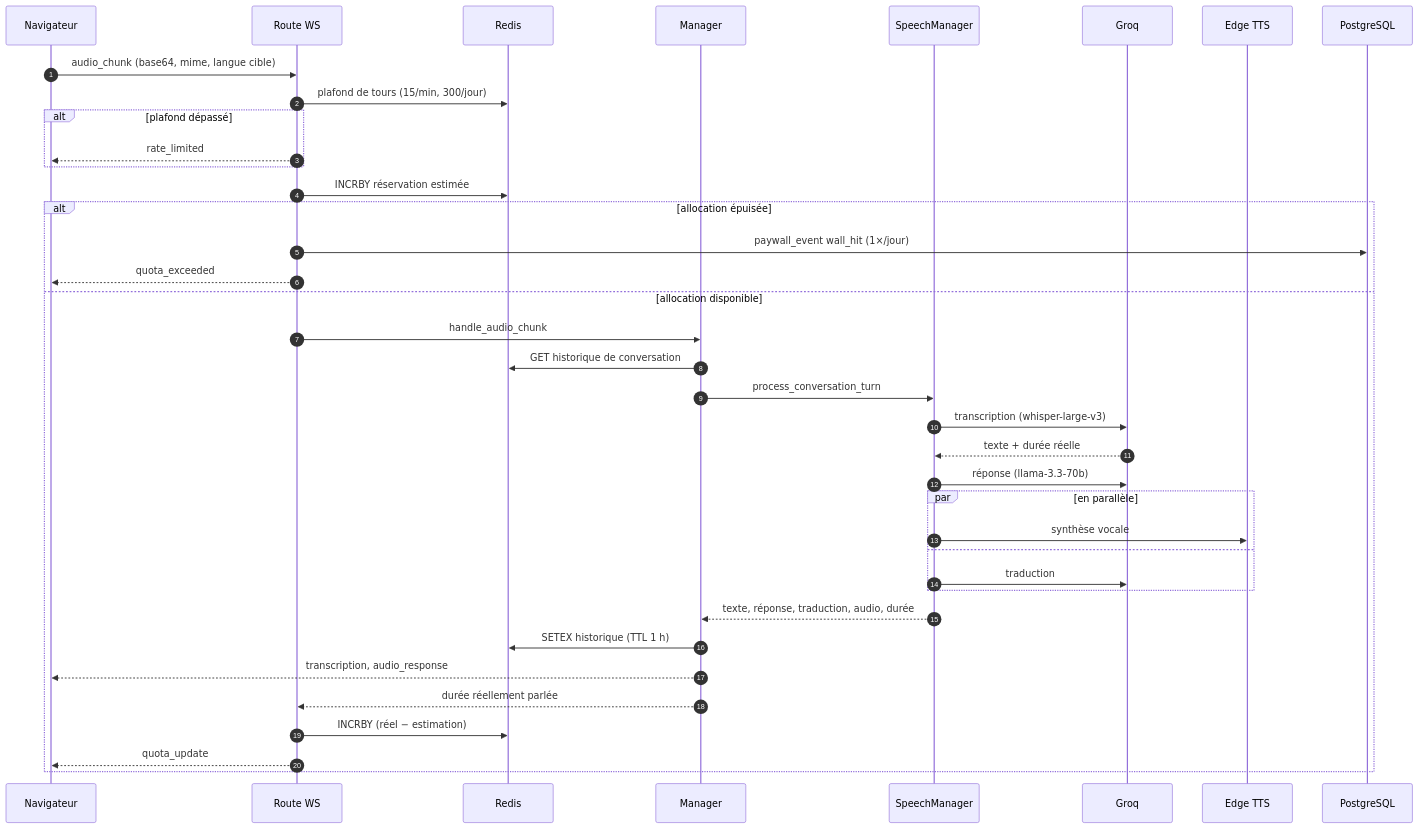
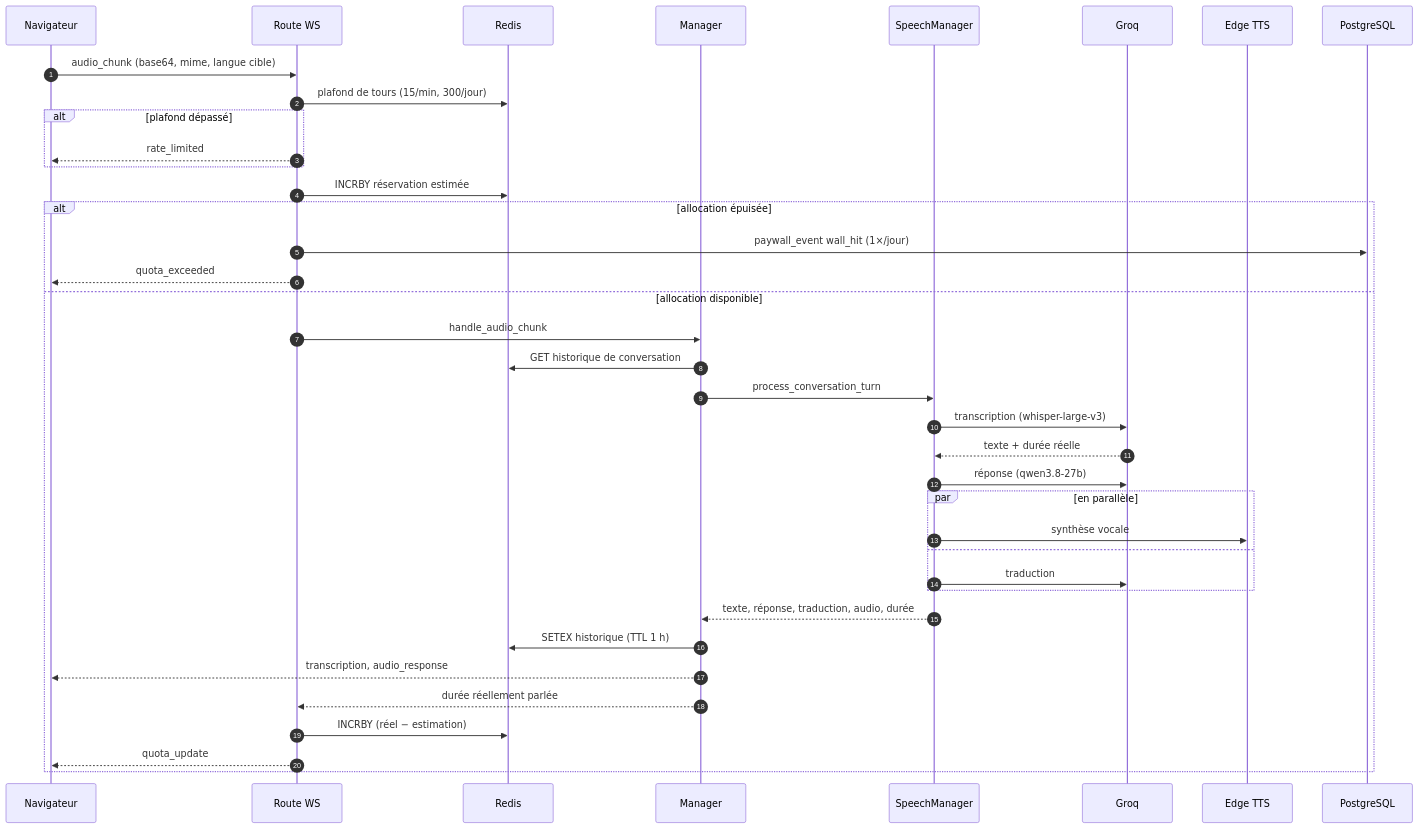
Before and after one commit to sa3dev/takalam: the second of 2 diagrams in ARCHITECTURE.md, drawn with Mermaid. The commit also changed other lines of this file and 10 other files, not shown here.

````diff
--- a/ARCHITECTURE.md
+++ b/ARCHITECTURE.md
@@ -93,41 +93,41 @@
 ```mermaid
 sequenceDiagram
     autonumber
     participant B as Navigateur
     participant W as Route WS
     participant R as Redis
     participant M as Manager
     participant S as SpeechManager
     participant G as Groq
     participant E as Edge TTS
     participant P as PostgreSQL
 
     B->>W: audio_chunk (base64, mime, langue cible)
     W->>R: plafond de tours (15/min, 300/jour)
     alt plafond dépassé
         W-->>B: rate_limited
     end
     W->>R: INCRBY réservation estimée
     alt allocation épuisée
         W->>P: paywall_event wall_hit (1×/jour)
         W-->>B: quota_exceeded
     else allocation disponible
         W->>M: handle_audio_chunk
         M->>R: GET historique de conversation
         M->>S: process_conversation_turn
         S->>G: transcription (whisper-large-v3)
         G-->>S: texte + durée réelle
-        S->>G: réponse (llama-3.3-70b)
+        S->>G: réponse (qwen3.8-27b)
         par en parallèle
             S->>E: synthèse vocale
         and
             S->>G: traduction
         end
         S-->>M: texte, réponse, traduction, audio, durée
         M->>R: SETEX historique (TTL 1 h)
         M-->>B: transcription, audio_response
         M-->>W: durée réellement parlée
         W->>R: INCRBY (réel − estimation)
         W-->>B: quota_update
     end
 ```
````
